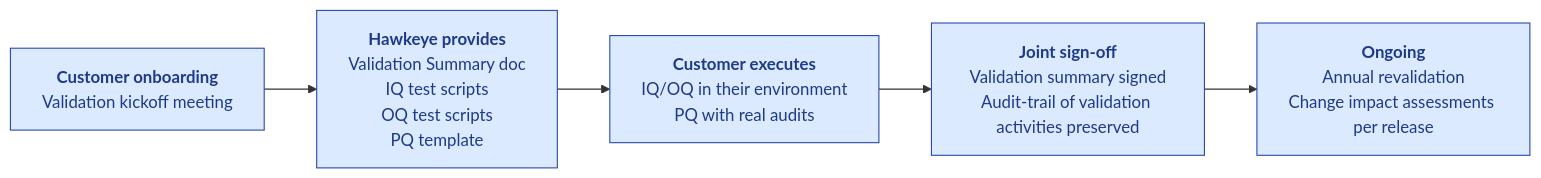
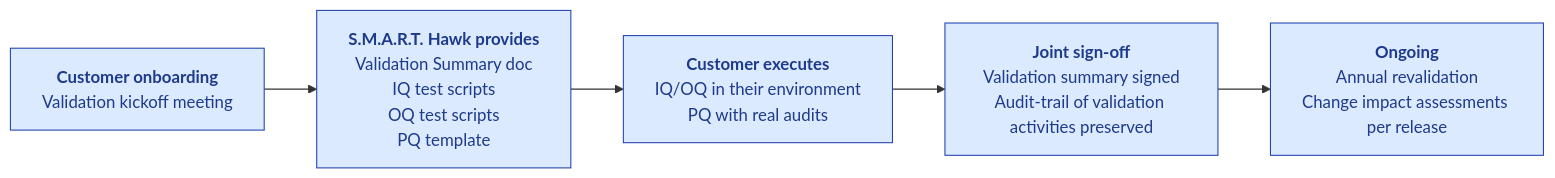
One commit to hawkeyetransact-dotcom/doc_v2 changed the second of 2 diagrams in 08-compliance-regulatory/frameworks/PART-11.md. Above: the diagram before and after it, drawn with Mermaid. The commit also changed other lines of this file and 105 other files, not shown here.

First line of the commit message:
Rebrand docs: Hawkeye -> S.M.A.R.T. Hawk; S.M.A.R.T. five-pillar pipeline

````diff
--- a/08-compliance-regulatory/frameworks/PART-11.md
+++ b/08-compliance-regulatory/frameworks/PART-11.md
@@ -93,12 +93,12 @@
 ```mermaid
 flowchart LR
     classDef step fill:#dbeafe,stroke:#1e40af,color:#1e3a8a
 
     A["<b>Customer onboarding</b><br/>Validation kickoff meeting"]:::step
-    B["<b>Hawkeye provides</b><br/>Validation Summary doc<br/>IQ test scripts<br/>OQ test scripts<br/>PQ template"]:::step
+    B["<b>S.M.A.R.T. Hawk provides</b><br/>Validation Summary doc<br/>IQ test scripts<br/>OQ test scripts<br/>PQ template"]:::step
     C["<b>Customer executes</b><br/>IQ/OQ in their environment<br/>PQ with real audits"]:::step
     D["<b>Joint sign-off</b><br/>Validation summary signed<br/>Audit-trail of validation activities preserved"]:::step
     E["<b>Ongoing</b><br/>Annual revalidation<br/>Change impact assessments per release"]:::step
 
     A --> B --> C --> D --> E
 ```
````
